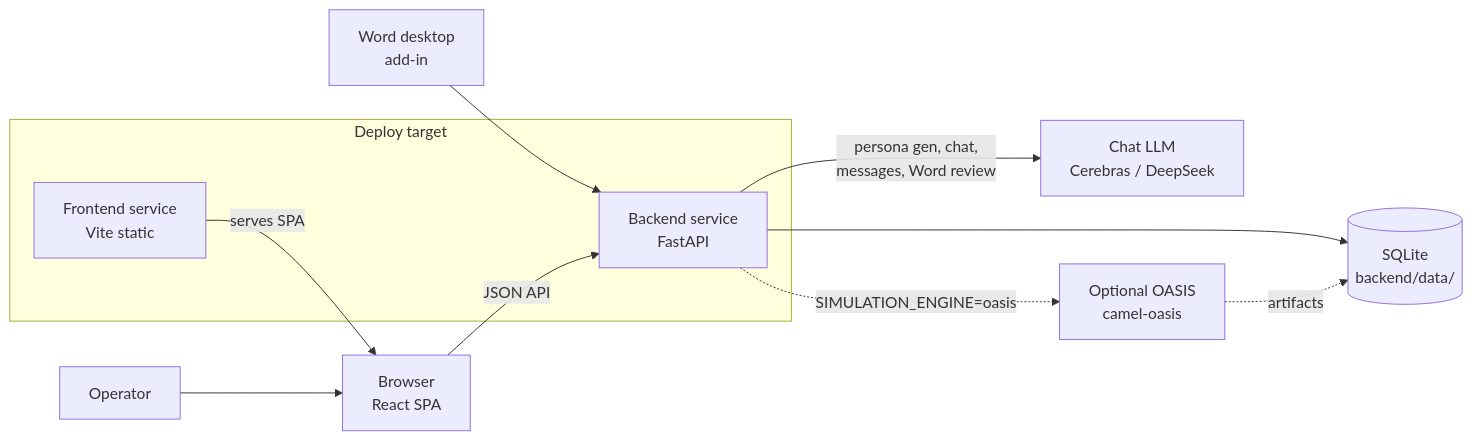
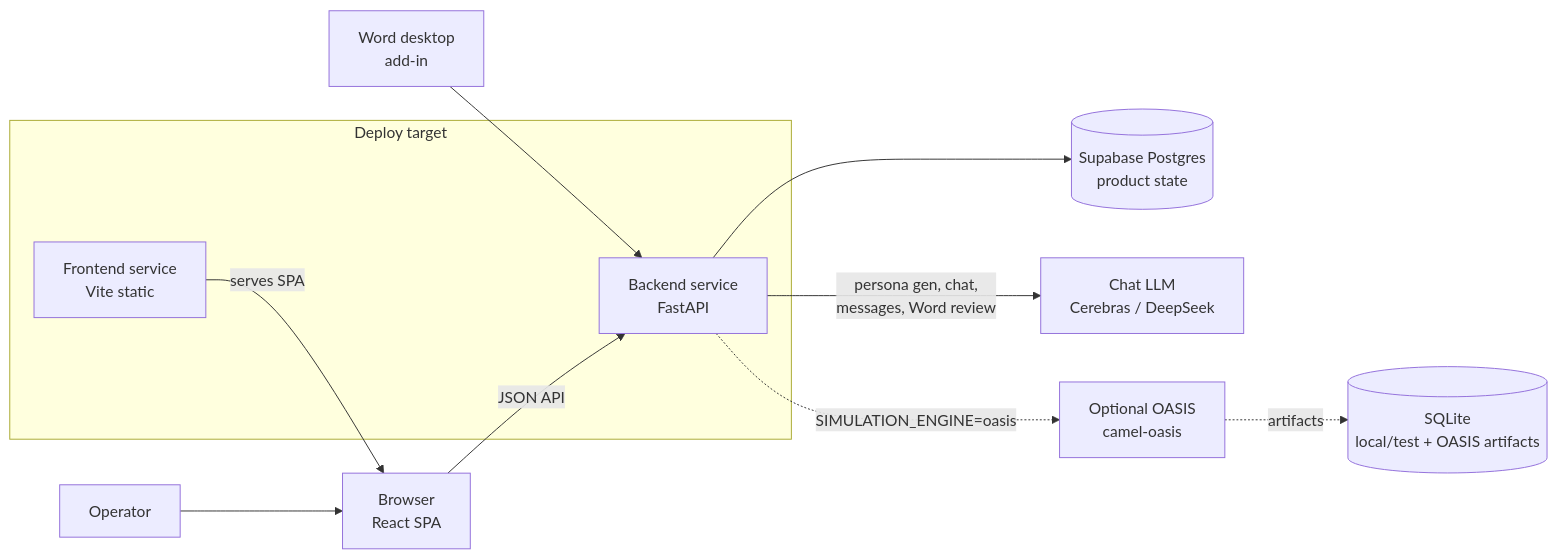
The diagram in docs/architecture.md (kajmund/socialism), drawn with Mermaid before and after one commit. The commit also changed other lines of this file and 37 other files, not shown here.

Commit message:
Migrate production database to Supabase Postgres

````diff
--- a/docs/architecture.md
+++ b/docs/architecture.md
@@ -11,21 +11,22 @@
 ```mermaid
 flowchart LR
     user[Operator] --> browser[Browser<br/>React SPA]
     word[Word desktop<br/>add-in] --> backend
 
     subgraph railway[Deploy target]
         frontend[Frontend service<br/>Vite static]
         backend[Backend service<br/>FastAPI]
     end
 
-    sqlite[(SQLite<br/>backend/data/)]
+    postgres[(Supabase Postgres<br/>product state)]
+    sqlite[(SQLite<br/>local/test + OASIS artifacts)]
     chatllm[Chat LLM<br/>Cerebras / DeepSeek]
     oasis[Optional OASIS<br/>camel-oasis]
 
     frontend -->|serves SPA| browser
     browser -->|JSON API| backend
-    backend --> sqlite
+    backend --> postgres
     backend -->|persona gen, chat,<br/>messages, Word review| chatllm
     backend -.->|SIMULATION_ENGINE=oasis| oasis
     oasis -.->|artifacts| sqlite
 ```
````
